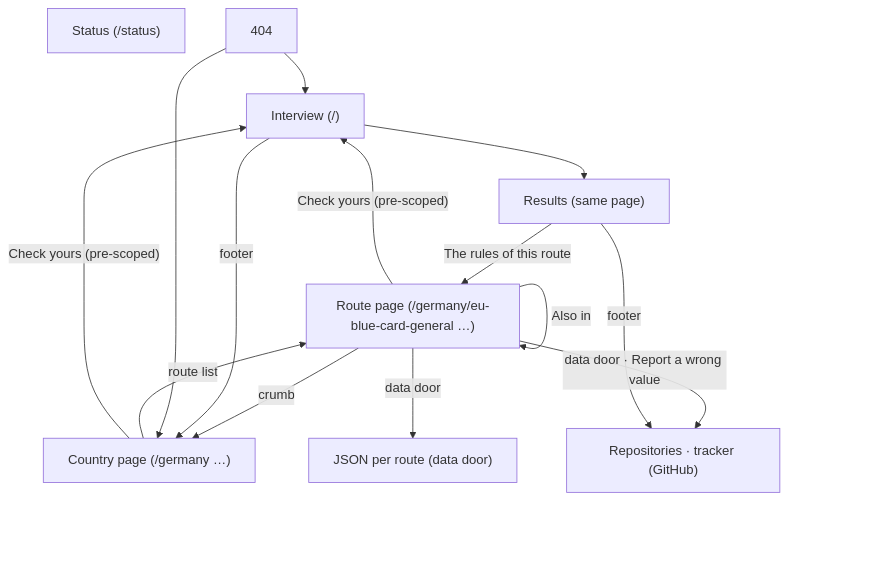
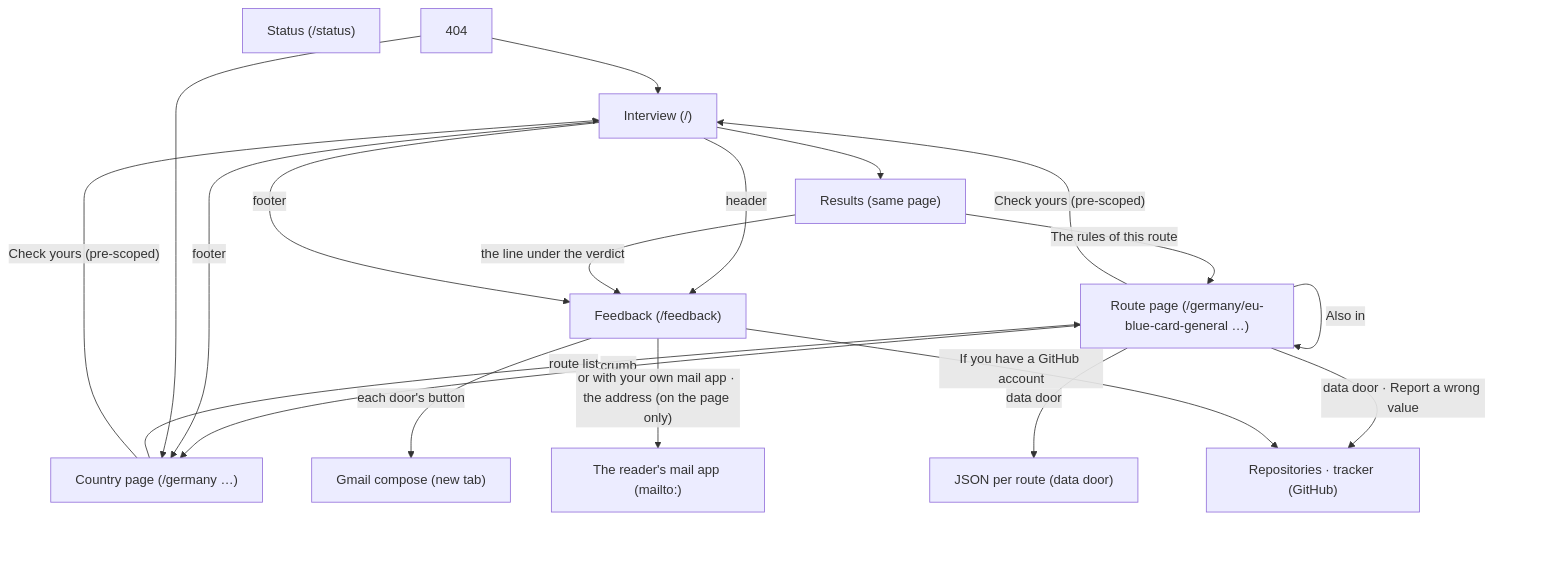
One commit to OytunOnal/permit-rulebook changed the first of 2 diagrams in docs/spine/design/site-map.md. Above: the diagram before and after it, drawn with Mermaid. The commit also changed other lines of this file and 22 other files, not shown here.

````diff
--- a/docs/spine/design/site-map.md
+++ b/docs/spine/design/site-map.md
@@ -12,25 +12,33 @@
 ```mermaid
 flowchart TB
     Home["Interview (/)"]
     Results["Results (same page)"]
     Country["Country page (/germany …)"]
     Route["Route page (/germany/eu-blue-card-general …)"]
     Status["Status (/status)"]
     NotFound["404"]
+    Feedback["Feedback (/feedback)"]
+    Gmail["Gmail compose (new tab)"]
+    Mail["The reader's mail app (mailto:)"]
     Data["JSON per route (data door)"]
     Repo["Repositories · tracker (GitHub)"]
 
     Home --> Results
     Results -->|"The rules of this route"| Route
     Route -->|"Check yours (pre-scoped)"| Home
     Route -->|"Also in <country>"| Route
     Route -->|"crumb"| Country
     Country -->|"route list"| Route
     Country -->|"Check yours (pre-scoped)"| Home
     Home -->|"footer"| Country
     NotFound --> Home
     NotFound --> Country
     Route -->|"data door"| Data
     Route -->|"data door · Report a wrong value"| Repo
-    Results -->|"footer"| Repo
+    Home -->|"header"| Feedback
+    Results -->|"the line under the verdict"| Feedback
+    Home -->|"footer"| Feedback
+    Feedback -->|"each door's button"| Gmail
+    Feedback -->|"or with your own mail app · the address (on the page only)"| Mail
+    Feedback -->|"If you have a GitHub account"| Repo
 ```
````
